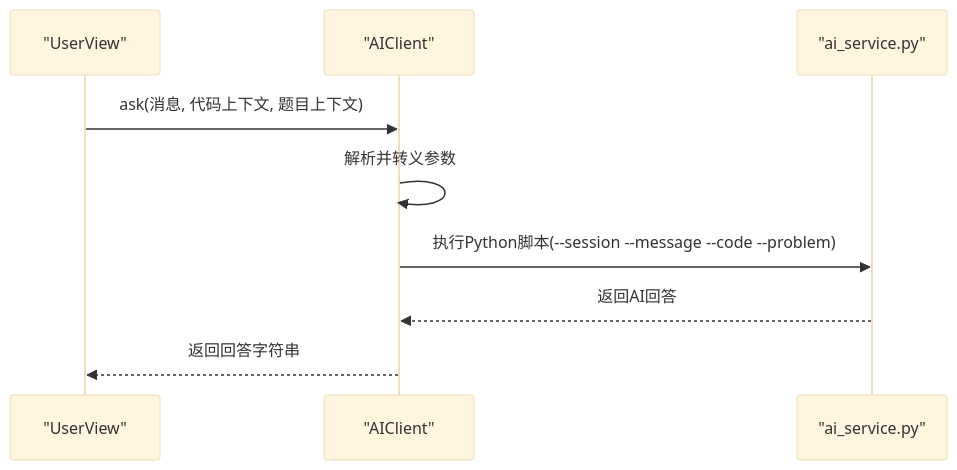
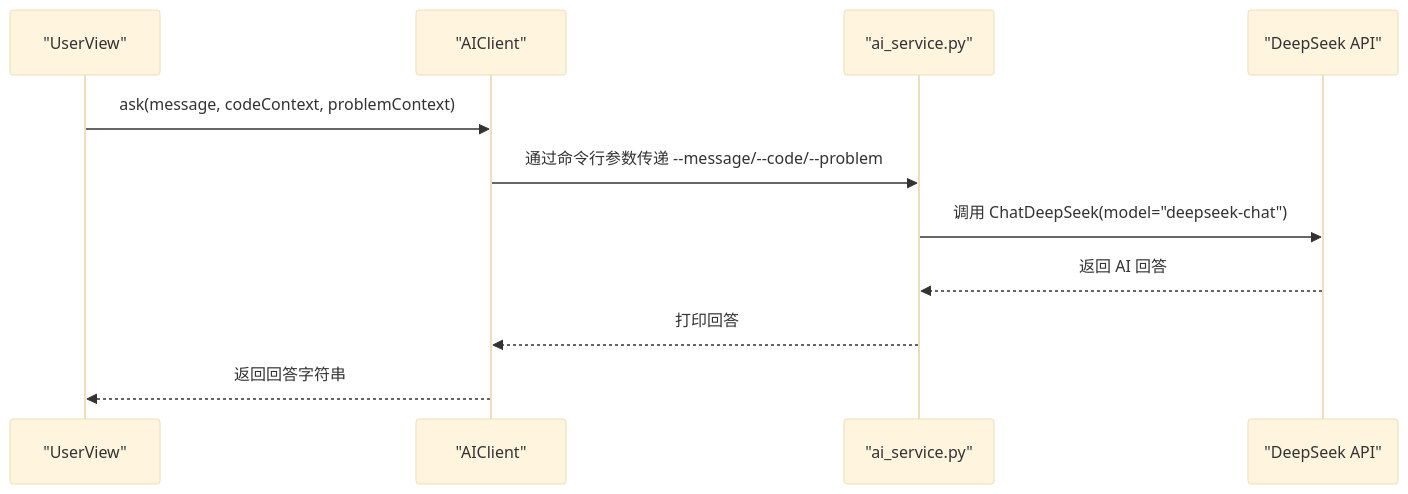
Before and after one commit to jinpeng900/OJ-Test: the sixth of 8 diagrams in .qoder/repowiki/zh/content/项目概述.md, drawn with Mermaid (base theme). The commit also changed other lines of this file and 147 other files, not shown here.

````diff
--- a/.qoder/repowiki/zh/content/项目概述.md
+++ b/.qoder/repowiki/zh/content/项目概述.md
@@ -316,11 +301,13 @@
 ```mermaid
 sequenceDiagram
 participant UV as "UserView"
 participant AC as "AIClient"
 participant PY as "ai_service.py"
-UV->>AC : ask(消息, 代码上下文, 题目上下文)
-AC->>AC : 解析并转义参数
-AC->>PY : 执行Python脚本(--session --message --code --problem)
-PY-->>AC : 返回AI回答
+participant DS as "DeepSeek API"
+UV->>AC : ask(message, codeContext, problemContext)
+AC->>PY : 通过命令行参数传递 --message/--code/--problem
+PY->>DS : 调用 ChatDeepSeek(model="deepseek-chat")
+DS-->>PY : 返回 AI 回答
+PY-->>AC : 打印回答
 AC-->>UV : 返回回答字符串
 ```
````
